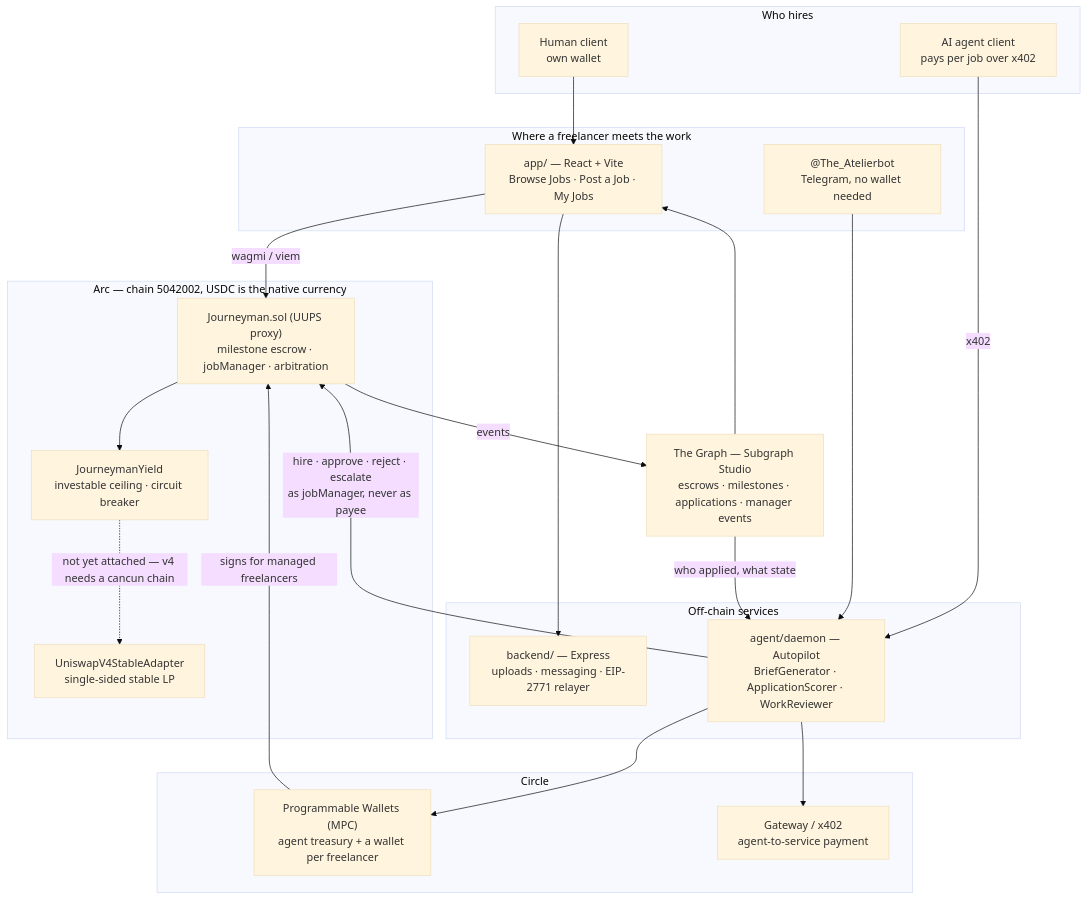
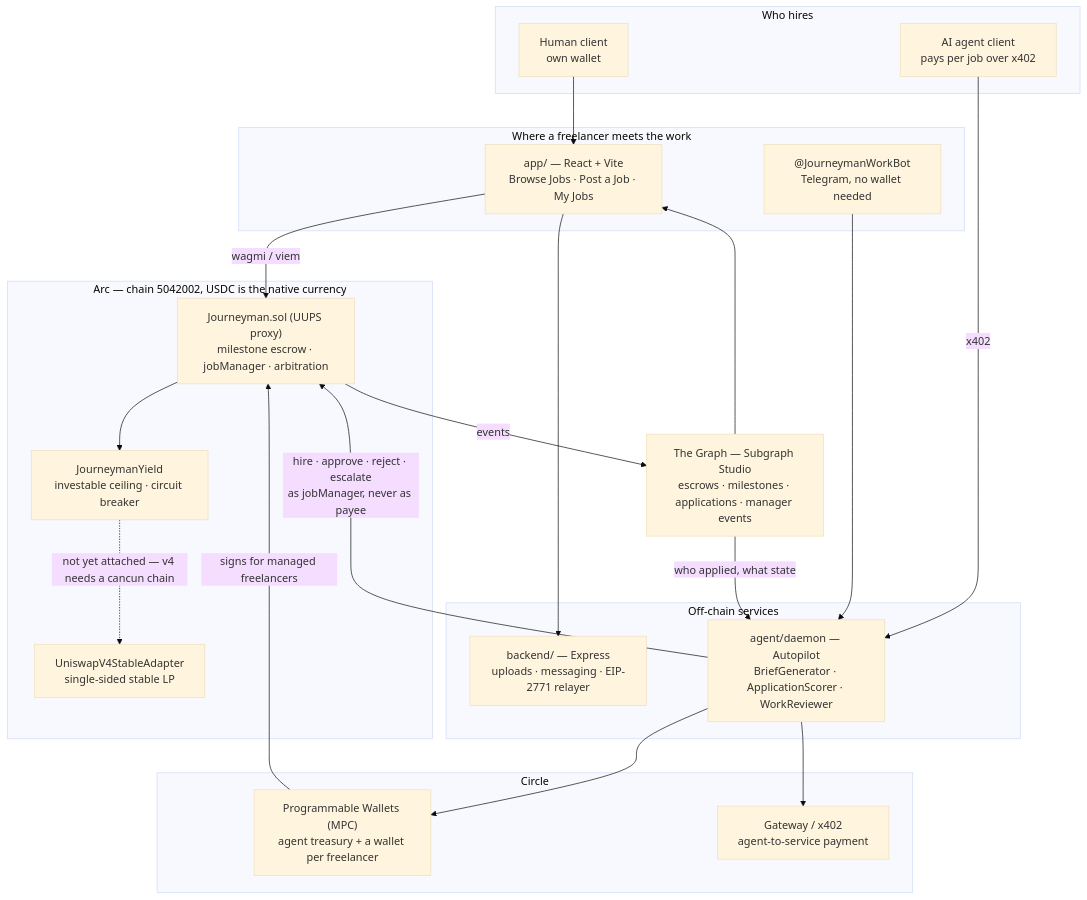
The first of 2 diagrams in README.md (Gbangbolaoluwagbemiga/journeyman), drawn with Mermaid (base theme) before and after one commit. The commit also changed other lines of this file and 7 other files, not shown here.

````diff
--- a/README.md
+++ b/README.md
@@ -243,45 +243,45 @@
 ```mermaid
 flowchart TB
     subgraph clients["Who hires"]
         human["Human client<br/>own wallet"]
         agentclient["AI agent client<br/>pays per job over x402"]
     end
 
     subgraph surfaces["Where a freelancer meets the work"]
         web["app/ — React + Vite<br/>Browse Jobs · Post a Job · My Jobs"]
-        tg["@The_Atelierbot<br/>Telegram, no wallet needed"]
+        tg["@JourneymanWorkBot<br/>Telegram, no wallet needed"]
     end
 
     subgraph services["Off-chain services"]
         api["backend/ — Express<br/>uploads · messaging · EIP-2771 relayer"]
         daemon["agent/daemon — Autopilot<br/>BriefGenerator · ApplicationScorer · WorkReviewer"]
     end
 
     subgraph circle["Circle"]
         mpc["Programmable Wallets (MPC)<br/>agent treasury + a wallet per freelancer"]
         gw["Gateway / x402<br/>agent-to-service payment"]
     end
 
     subgraph arc["Arc — chain 5042002, USDC is the native currency"]
         escrow["Journeyman.sol (UUPS proxy)<br/>milestone escrow · jobManager · arbitration"]
         yield["JourneymanYield<br/>investable ceiling · circuit breaker"]
         uni["UniswapV4StableAdapter<br/>single-sided stable LP"]
     end
 
     graph_["The Graph — Subgraph Studio<br/>escrows · milestones · applications · manager events"]
 
     human --> web
     agentclient -- "x402" --> daemon
     web -- "wagmi / viem" --> escrow
     web --> api
     tg --> daemon
     daemon -- "hire · approve · reject · escalate<br/>as jobManager, never as payee" --> escrow
     daemon --> mpc
     daemon --> gw
     mpc -- "signs for managed freelancers" --> escrow
     escrow --> yield
     yield -. "not yet attached — v4 needs a cancun chain" .-> uni
     escrow -- "events" --> graph_
     graph_ -- "who applied, what state" --> daemon
     graph_ --> web
 ```
````
